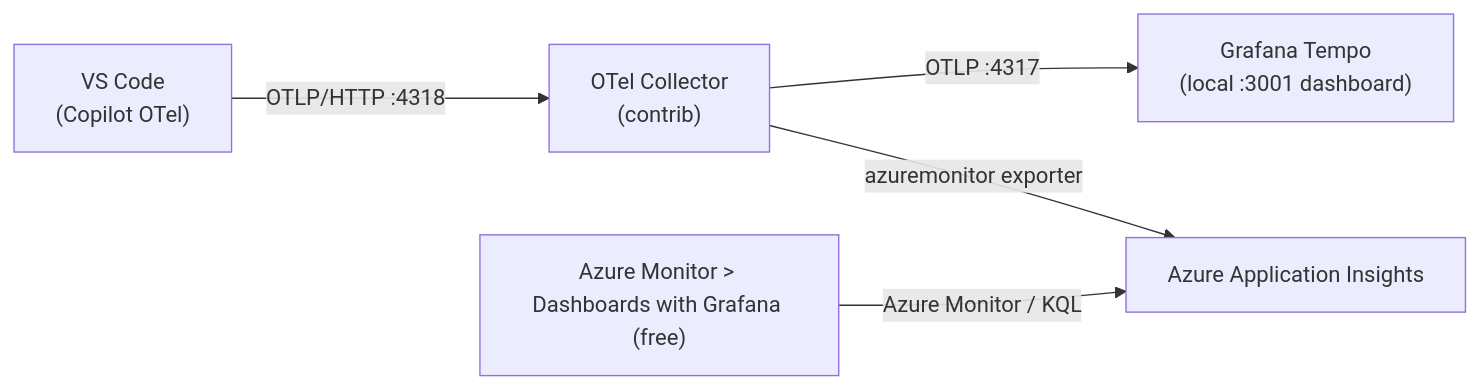
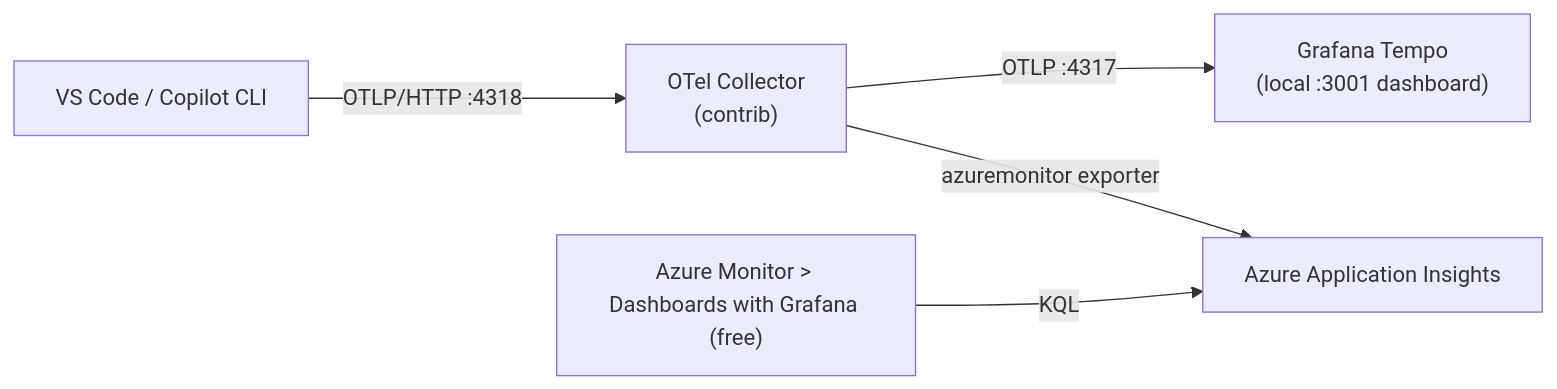
Before and after one commit to webmaxru/copilot-otel-grafana: the first of 3 diagrams in README.md, drawn with Mermaid. The commit also changed other lines of this file and 5 other files, not shown here.

First line of the commit message:
feat: generalize to all GitHub Copilot surfaces (VS Code + CLI)

````diff
--- a/README.md
+++ b/README.md
@@ -238,7 +232,7 @@
 ```mermaid
 flowchart LR
-    VS["VS Code<br/>(Copilot OTel)"] -->|OTLP/HTTP :4318| Col["OTel Collector<br/>(contrib)"]
+    VS["VS Code / Copilot CLI"] -->|OTLP/HTTP :4318| Col["OTel Collector<br/>(contrib)"]
     Col -->|OTLP :4317| Tempo["Grafana Tempo<br/>(local :3001 dashboard)"]
     Col -->|azuremonitor exporter| AI["Azure Application Insights"]
-    Portal["Azure Monitor > Dashboards with Grafana (free)"] -->|Azure Monitor / KQL| AI
+    Portal["Azure Monitor > Dashboards with Grafana (free)"] -->|KQL| AI
 ```
````
